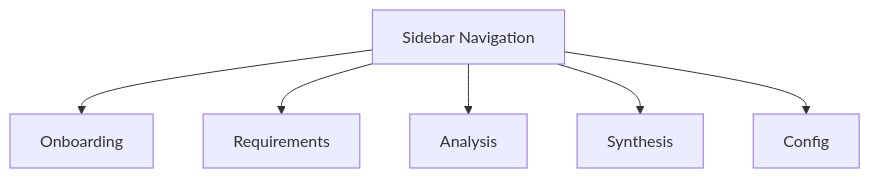
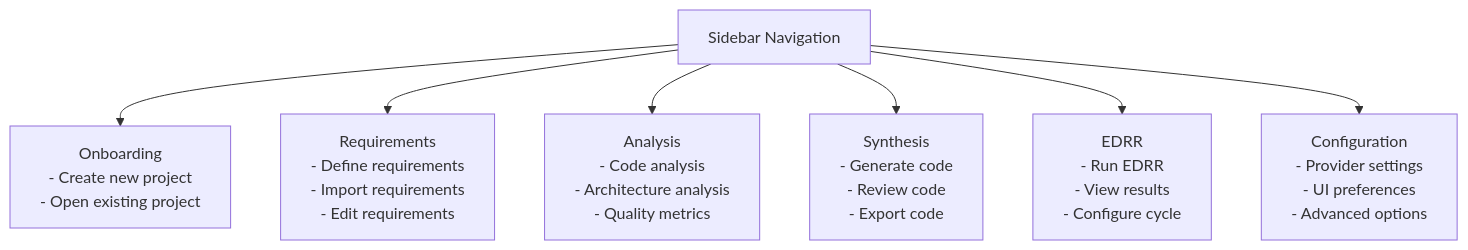
Before and after one commit to ravenoak/devsynth: the second of 5 diagrams in docs/architecture/webui_overview.md, drawn with Mermaid. The commit also changed other lines of this file and 565 other files, not shown here.

````diff
--- a/docs/architecture/webui_overview.md
+++ b/docs/architecture/webui_overview.md
@@ -24,9 +367,33 @@
 ```mermaid
 flowchart TB
     Sidebar["Sidebar Navigation"]
-    Sidebar --> Onboarding
-    Sidebar --> Requirements
-    Sidebar --> Analysis
-    Sidebar --> Synthesis
-    Sidebar --> Config
+    Sidebar --> Onboarding["Onboarding
+    - Create new project
+    - Open existing project"]
+
+    Sidebar --> Requirements["Requirements
+    - Define requirements
+    - Import requirements
+    - Edit requirements"]
+
+    Sidebar --> Analysis["Analysis
+    - Code analysis
+    - Architecture analysis
+    - Quality metrics"]
+
+    Sidebar --> Synthesis["Synthesis
+    - Generate code
+    - Review code
+    - Export code"]
+
+    Sidebar --> EDRR["EDRR
+    - Run EDRR
+    - View results
+    - Configure cycle"]
+
+    Sidebar --> Config["Configuration
+    - Provider settings
+    - UI preferences
+    - Advanced options"]
+
 ```
````
